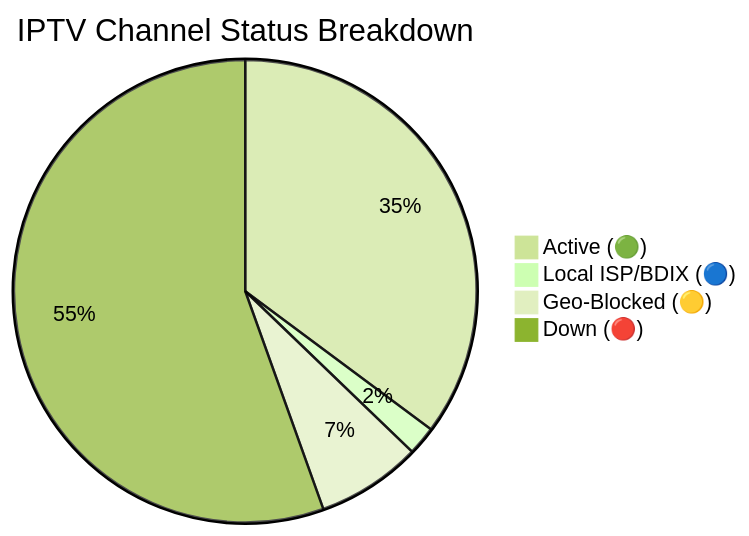
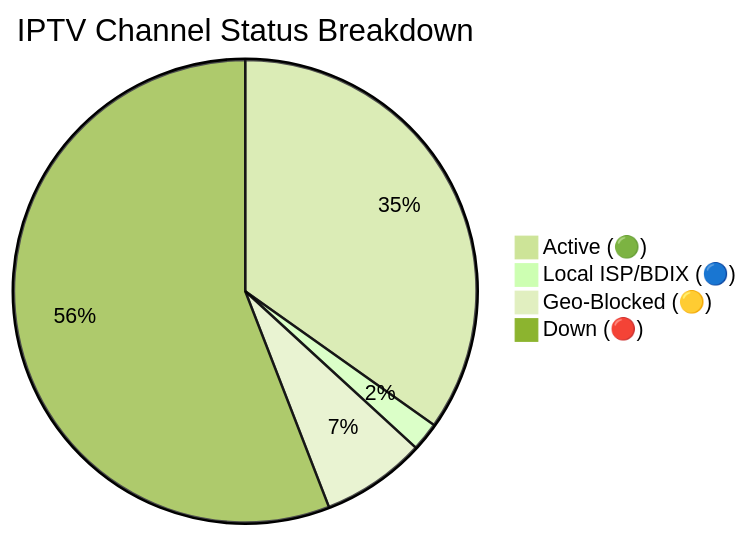
The diagram in README.md (andreataylord/Ip-tv-Collection), drawn with Mermaid (forest theme) before and after one commit. The commit also changed other lines of this file and 2 other files, not shown here.

````diff
--- a/README.md
+++ b/README.md
@@ -59,7 +59,7 @@
 ```mermaid
 pie title IPTV Channel Status Breakdown
-    "Active (🟢)" : 2235
+    "Active (🟢)" : 2223
     "Local ISP/BDIX (🔵)" : 128
     "Geo-Blocked (🟡)" : 466
-    "Down (🔴)" : 3525
+    "Down (🔴)" : 3569
 ```
````
